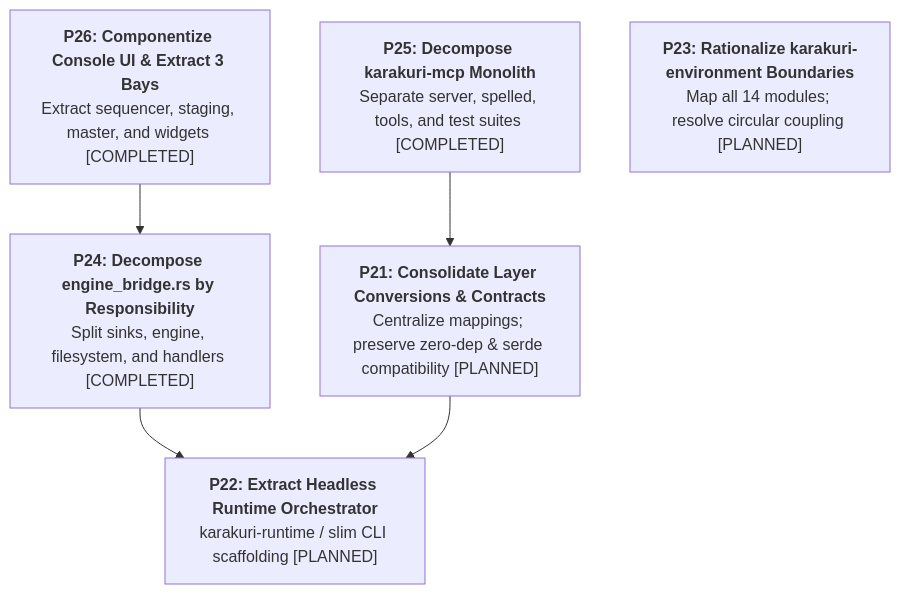
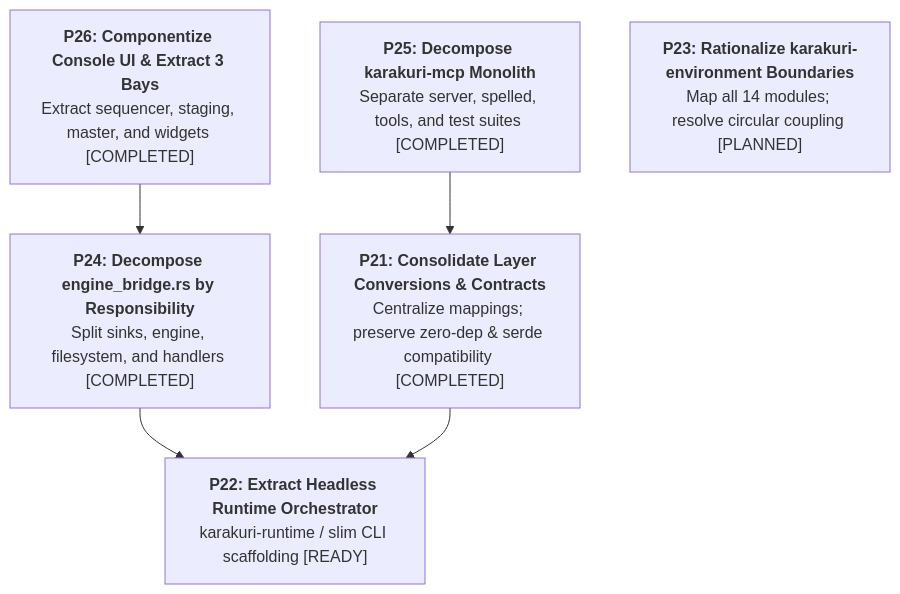
Before and after one commit to toyoshim-i/Karakuri: the diagram in docs/refactoring.md, drawn with Mermaid. The commit also changed other lines of this file, not shown here.

Commit message:
docs: mark P21 completed and P22 ready in docs/refactoring.md

````diff
--- a/docs/refactoring.md
+++ b/docs/refactoring.md
@@ -76,14 +76,14 @@
 ```mermaid
 graph TD
     P26["<b>P26: Componentize Console UI & Extract 3 Bays</b><br/>Extract sequencer, staging, master, and widgets [COMPLETED]"]
     P25["<b>P25: Decompose karakuri-mcp Monolith</b><br/>Separate server, spelled, tools, and test suites [COMPLETED]"]
     P24["<b>P24: Decompose engine_bridge.rs by Responsibility</b><br/>Split sinks, engine, filesystem, and handlers [COMPLETED]"]
-    P22["<b>P22: Extract Headless Runtime Orchestrator</b><br/>karakuri-runtime / slim CLI scaffolding [PLANNED]"]
-    P21["<b>P21: Consolidate Layer Conversions & Contracts</b><br/>Centralize mappings; preserve zero-dep & serde compatibility [PLANNED]"]
+    P22["<b>P22: Extract Headless Runtime Orchestrator</b><br/>karakuri-runtime / slim CLI scaffolding [READY]"]
+    P21["<b>P21: Consolidate Layer Conversions & Contracts</b><br/>Centralize mappings; preserve zero-dep & serde compatibility [COMPLETED]"]
     P23["<b>P23: Rationalize karakuri-environment Boundaries</b><br/>Map all 14 modules; resolve circular coupling [PLANNED]"]
 
     P26 --> P24
     P25 --> P21
     P24 --> P22
     P21 --> P22
 ```
````
